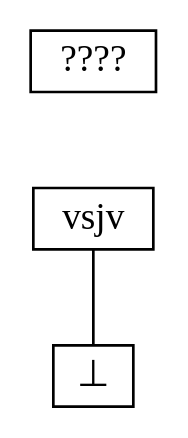
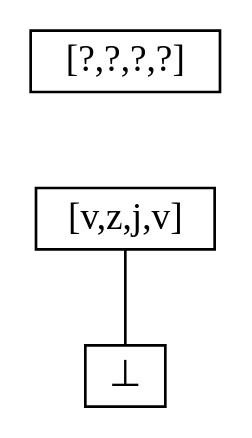
One commit to NorfairKing/ai_alternative-exam changed the diagram in resources/graphs/iteration_1.dot. Above: the diagram before and after it, drawn with Graphviz. The commit also changed 14 other files, not shown here.

Commit message:
first draft of graphs

```diff
--- a/resources/graphs/iteration_1.dot
+++ b/resources/graphs/iteration_1.dot
@@ -1,14 +1,13 @@
 digraph iter_1 {
     node [shape=rect height=0.1, width=0.2];
     edge [arrowhead = none];
 
-    top  [label = "????"];
+    top  [label = "[?,?,?,?]"];
     bot  [label = "&#8869;"];
 
-    ex_1 [label= "vsjv"];
+    ex_1 [label= "[v,z,j,v]"];
     
     top -> ex_1[style=invis];
     
-    ex_1 [label= "vsjv"];
     ex_1 -> bot;
 }
```
